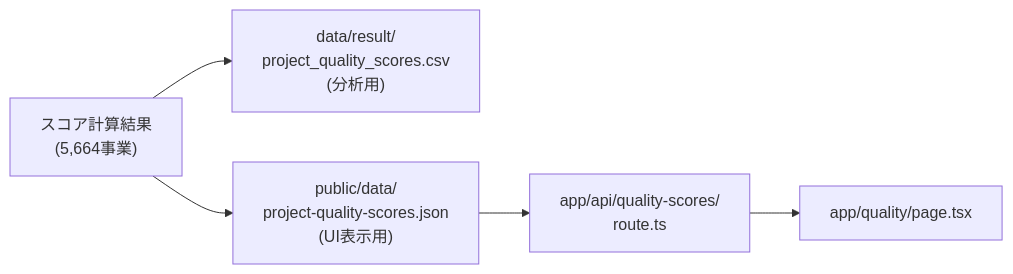
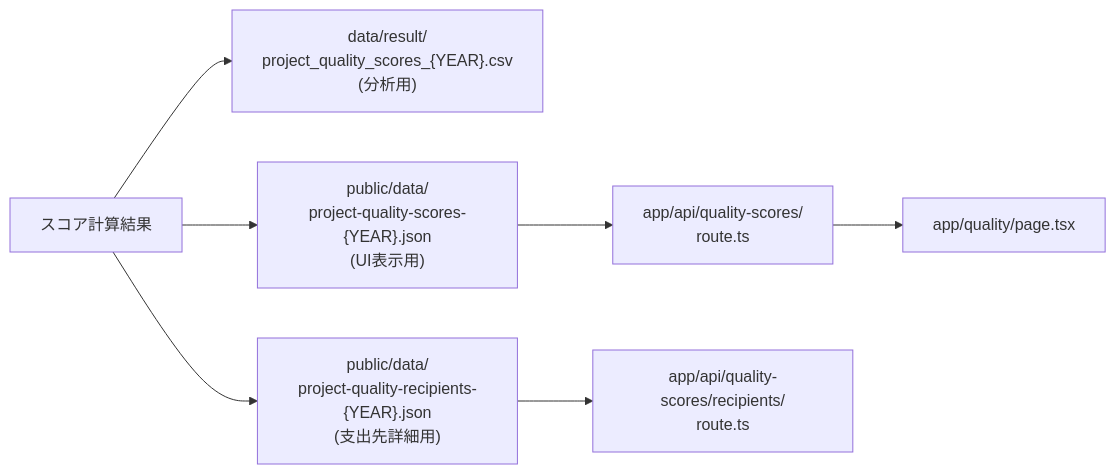
Diagram 11 of 11 in docs/quality-scoring-guide.md (igomuni/marumie-rssystem), drawn with Mermaid before and after one commit. The commit also changed other lines of this file and 7 other files, not shown here.

````diff
--- a/docs/quality-scoring-guide.md
+++ b/docs/quality-scoring-guide.md
@@ -328,8 +328,10 @@
 ```mermaid
 flowchart LR
-    CALC["スコア計算結果<br/>(5,664事業)"]
-    CALC --> CSV["data/result/<br/>project_quality_scores.csv<br/>(分析用)"]
-    CALC --> JSON["public/data/<br/>project-quality-scores.json<br/>(UI表示用)"]
+    CALC["スコア計算結果"]
+    CALC --> CSV["data/result/<br/>project_quality_scores_{YEAR}.csv<br/>(分析用)"]
+    CALC --> JSON["public/data/<br/>project-quality-scores-{YEAR}.json<br/>(UI表示用)"]
+    CALC --> RJSON["public/data/<br/>project-quality-recipients-{YEAR}.json<br/>(支出先詳細用)"]
     JSON --> API["app/api/quality-scores/<br/>route.ts"]
+    RJSON --> API2["app/api/quality-scores/recipients/<br/>route.ts"]
     API --> UI["app/quality/page.tsx"]
 ```
````
